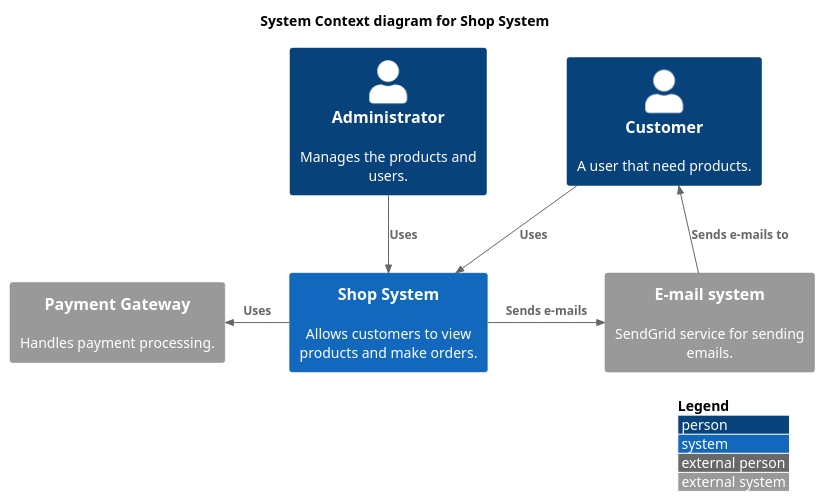
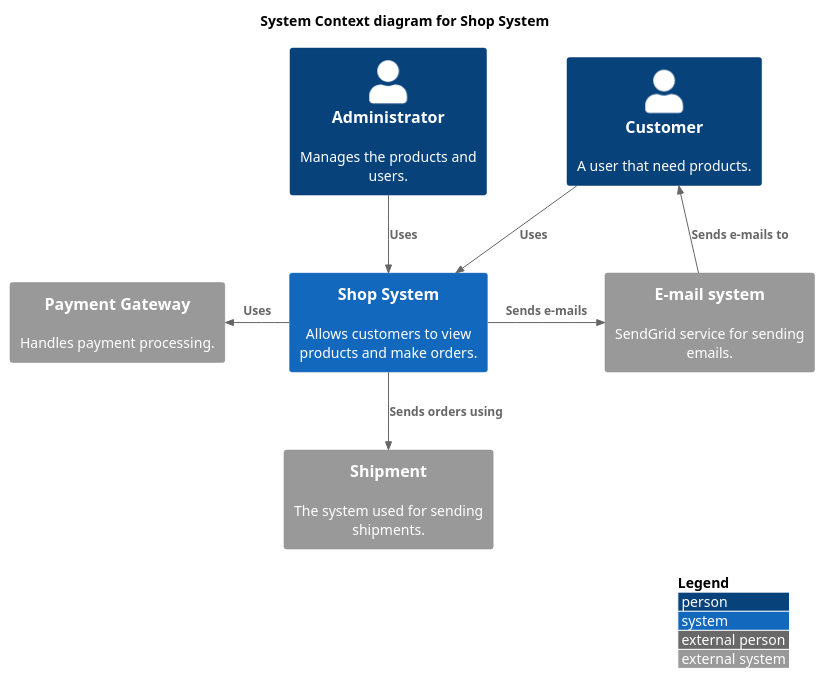
The diagram in docs/src/uml/shop_SystemContext.puml (TNOSC/Shop), drawn with PlantUML before and after one commit. The commit also changed 18 other files, not shown here.

```diff
--- a/docs/src/uml/shop_SystemContext.puml
+++ b/docs/src/uml/shop_SystemContext.puml
@@ -1,21 +1,23 @@
 @startuml
 !include https://raw.githubusercontent.com/plantuml-stdlib/C4-PlantUML/master/C4_Context.puml
 
 LAYOUT_WITH_LEGEND()
 
 title System Context diagram for Shop System
 
 Person(customer, "Customer", "A user that need products.")
 Person(administartor, "Administrator", "Manages the products and users.")
 System(shop, "Shop System", "Allows customers to view products and make orders.")
 
 System_Ext(mail_system, "E-mail system", "SendGrid service for sending emails.")
 System_Ext(payment, "Payment Gateway", "Handles payment processing.")
+System_Ext(shipment, "Shipment", "The system used for sending shipments.")
 
 Rel(customer, shop, "Uses")
 Rel(administartor, shop, "Uses")
 Rel_Back(customer, mail_system, "Sends e-mails to")
 Rel_R(shop, mail_system, "Sends e-mails")
 Rel_L(shop, payment, "Uses")
+Rel_D(shop, shipment, "Sends orders using")
 
 @enduml
```
